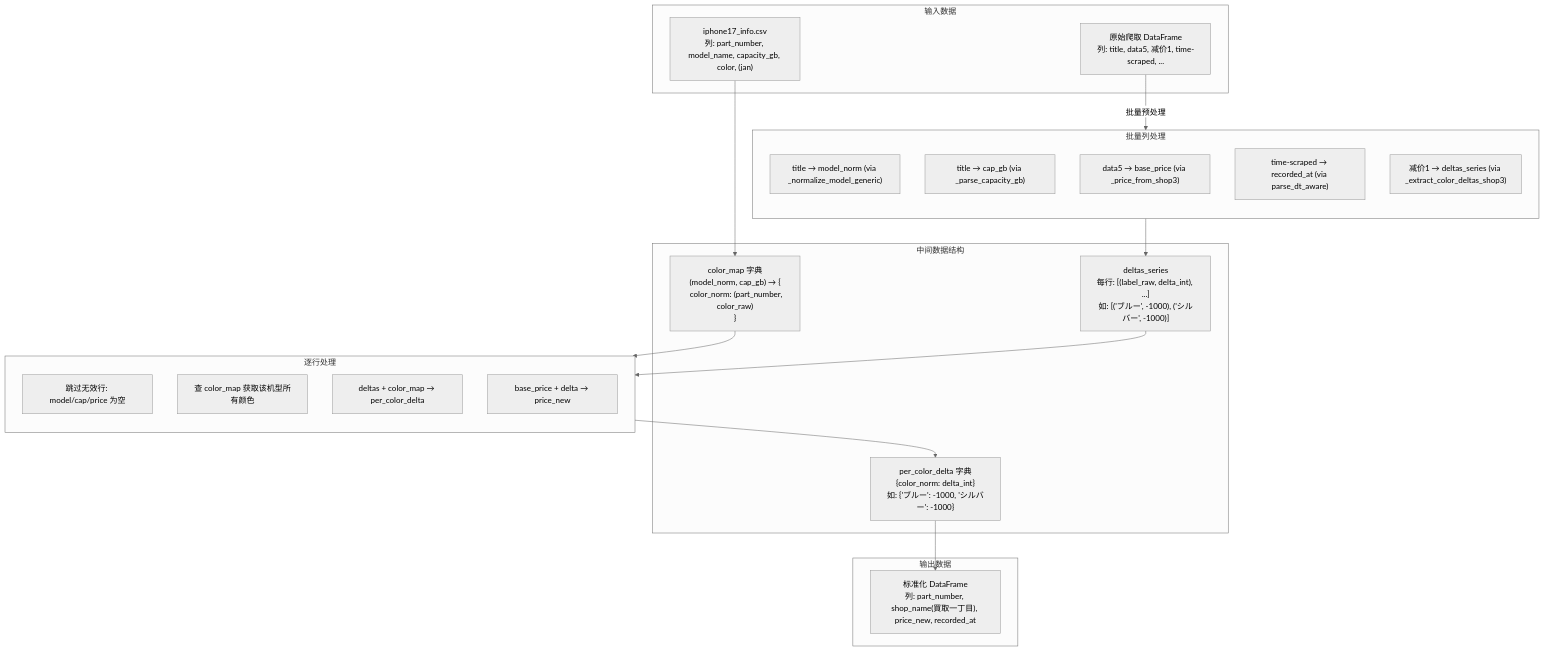
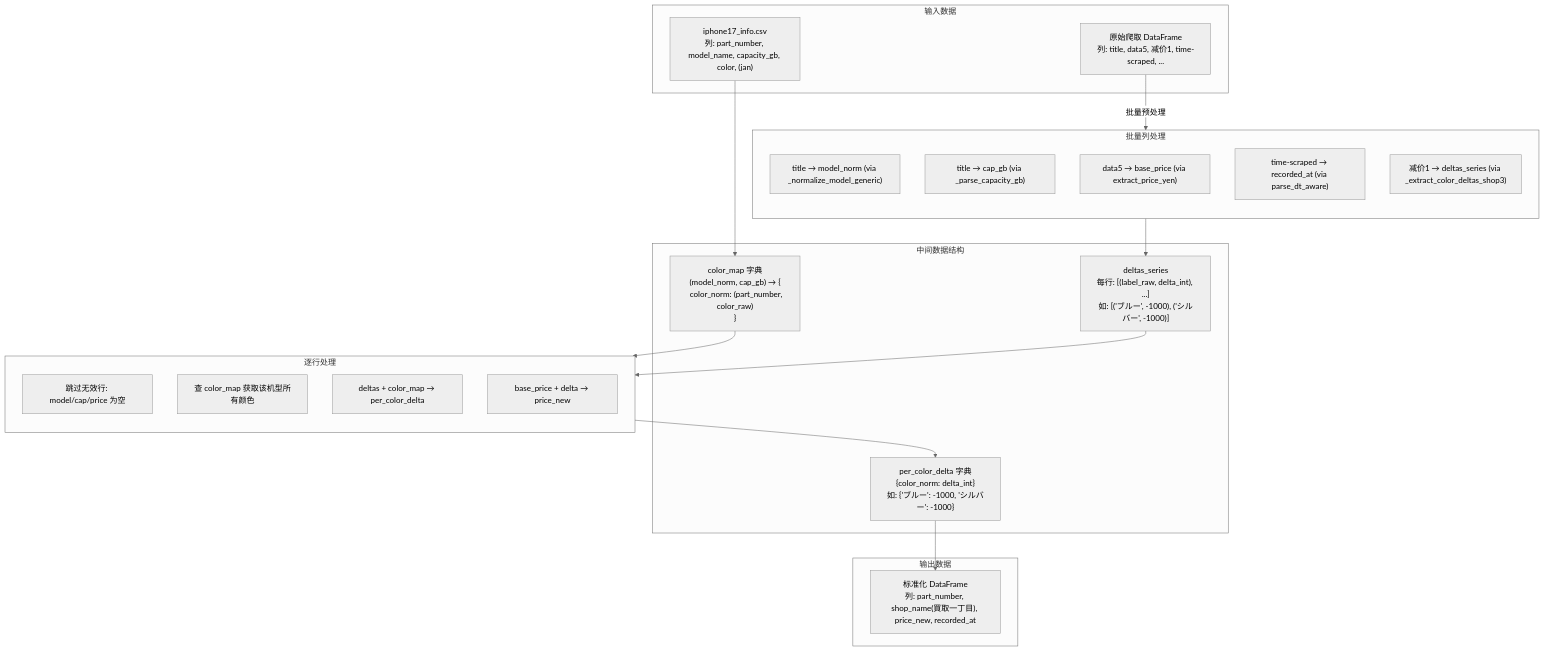
The seventh of 11 diagrams in doc_shop/shop3_cleaner.md (zhujiansamuel/YamagotiProjects), drawn with Mermaid (neutral theme) before and after one commit. The commit also changed other lines of this file and 44 other files, not shown here.

````diff
--- a/doc_shop/shop3_cleaner.md
+++ b/doc_shop/shop3_cleaner.md
@@ -229,44 +229,44 @@
 ```mermaid
 flowchart TD
     subgraph 输入数据
         RAW["原始爬取 DataFrame\n列: title, data5, 减价1, time-scraped, ..."]
         INFO["iphone17_info.csv\n列: part_number, model_name, capacity_gb, color, (jan)"]
     end
 
     subgraph 中间数据结构
         CMAP["color_map 字典\n(model_norm, cap_gb) → {\n  color_norm: (part_number, color_raw)\n}"]
         DELTAS["deltas_series\n每行: [(label_raw, delta_int), ...]\n如: [('ブルー', -1000), ('シルバー', -1000)]"]
         PCD["per_color_delta 字典\n{color_norm: delta_int}\n如: {'ブルー': -1000, 'シルバー': -1000}"]
     end
 
     subgraph 输出数据
         OUT["标准化 DataFrame\n列: part_number, shop_name(買取一丁目), price_new, recorded_at"]
     end
 
     INFO --> CMAP
     RAW --> |"批量预处理"| BATCH
 
     subgraph BATCH[批量列处理]
         direction TB
         B1["title → model_norm (via _normalize_model_generic)"]
         B2["title → cap_gb (via _parse_capacity_gb)"]
-        B3["data5 → base_price (via _price_from_shop3)"]
+        B3["data5 → base_price (via extract_price_yen)"]
         B4["time-scraped → recorded_at (via parse_dt_aware)"]
         B5["减价1 → deltas_series (via _extract_color_deltas_shop3)"]
     end
 
     BATCH --> DELTAS
     CMAP --> PROC
     DELTAS --> PROC
 
     subgraph PROC[逐行处理]
         direction TB
         P1["跳过无效行: model/cap/price 为空"]
         P2["查 color_map 获取该机型所有颜色"]
         P3["deltas + color_map → per_color_delta"]
         P4["base_price + delta → price_new"]
     end
 
     PROC --> PCD
     PCD --> OUT
 ```
````
